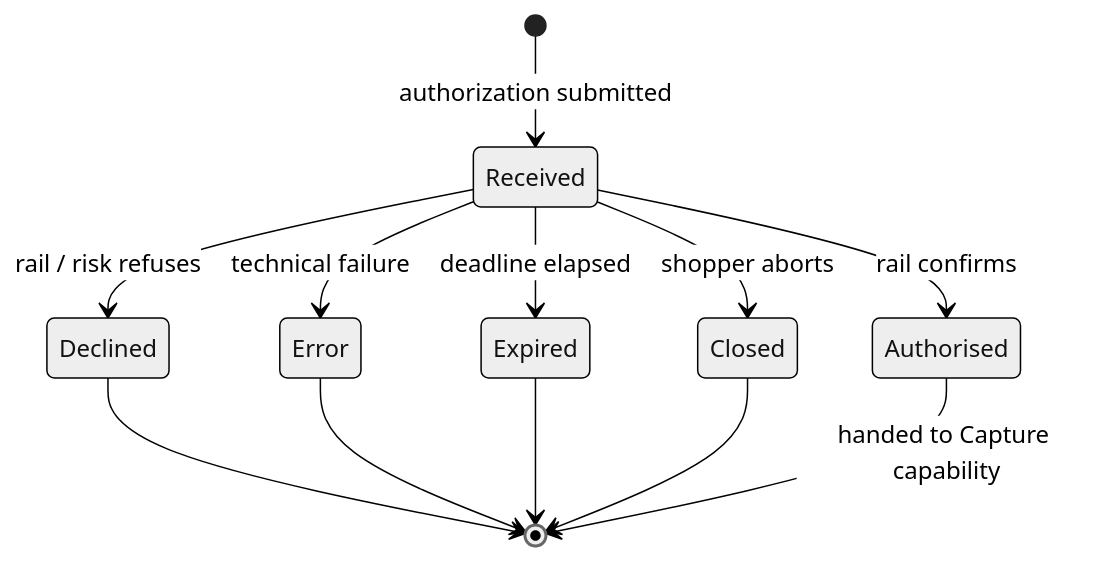
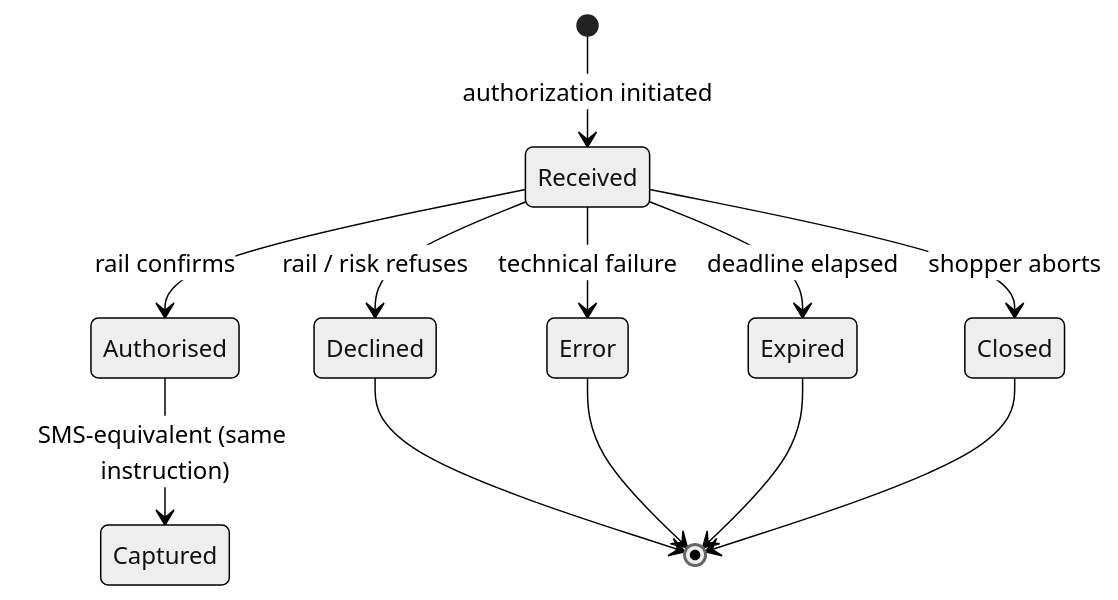
Before and after one commit to yanomic/yanomic.github.io: the first of 2 diagrams in content/blogs/2026-04-23-payment-capability-authorize/index.md, drawn with Mermaid (neutral theme). The commit also changed other lines of this file and 1 other file, not shown here.

Commit message:
Enhance content with detailed explanations of authorization and capture processes

````diff
--- a/content/blogs/2026-04-23-payment-capability-authorize/index.md
+++ b/content/blogs/2026-04-23-payment-capability-authorize/index.md
@@ -94,14 +77,14 @@
 ```mermaid
 stateDiagram-v2
-    [*] --> Received: authorization submitted
+    [*] --> Received: authorization initiated
     Received --> Authorised: rail confirms
     Received --> Declined: rail / risk refuses
     Received --> Error: technical failure
     Received --> Expired: deadline elapsed
     Received --> Closed: shopper aborts
     Declined --> [*]
     Error --> [*]
     Expired --> [*]
     Closed --> [*]
-    Authorised --> [*]: handed to Capture capability
+    Authorised --> Captured: SMS-equivalent (same instruction)
 ```
````
